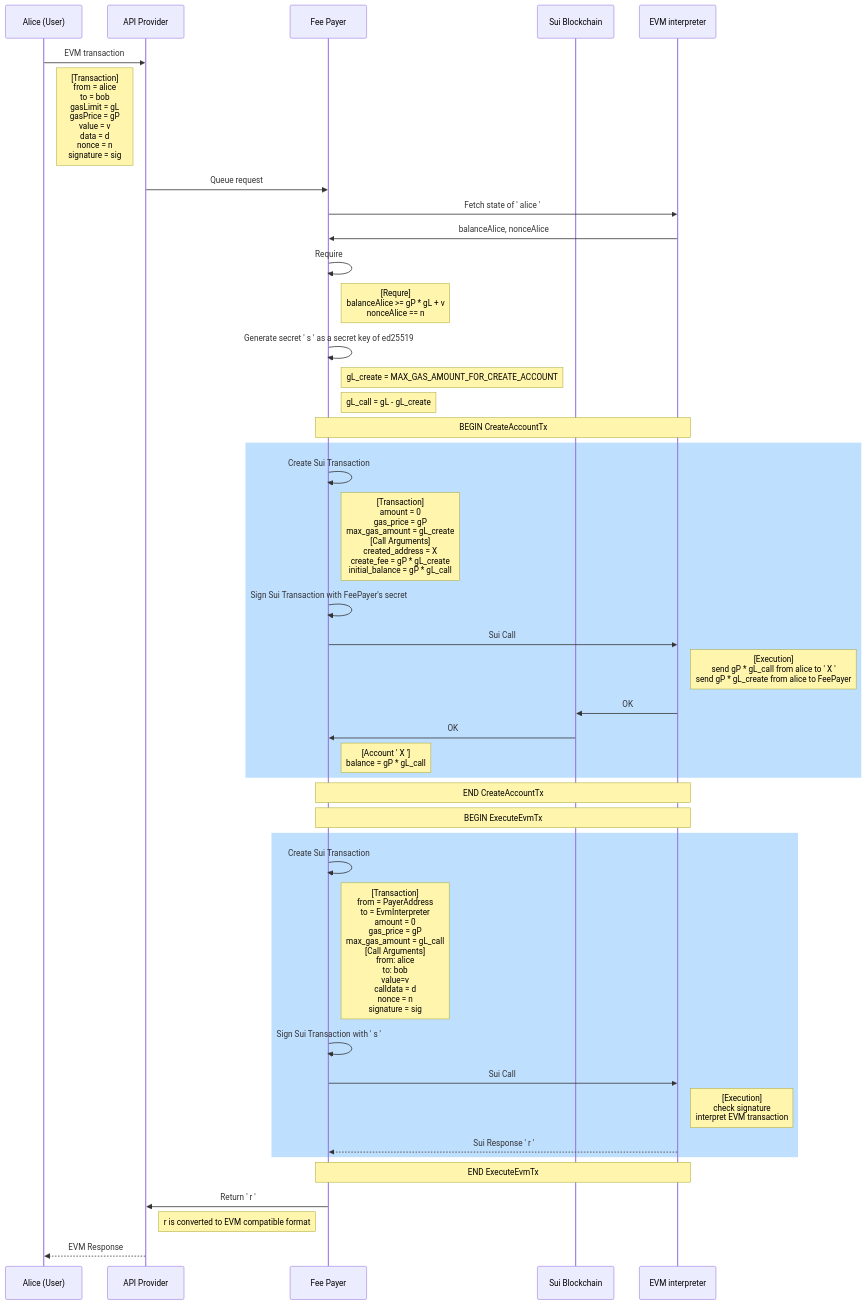
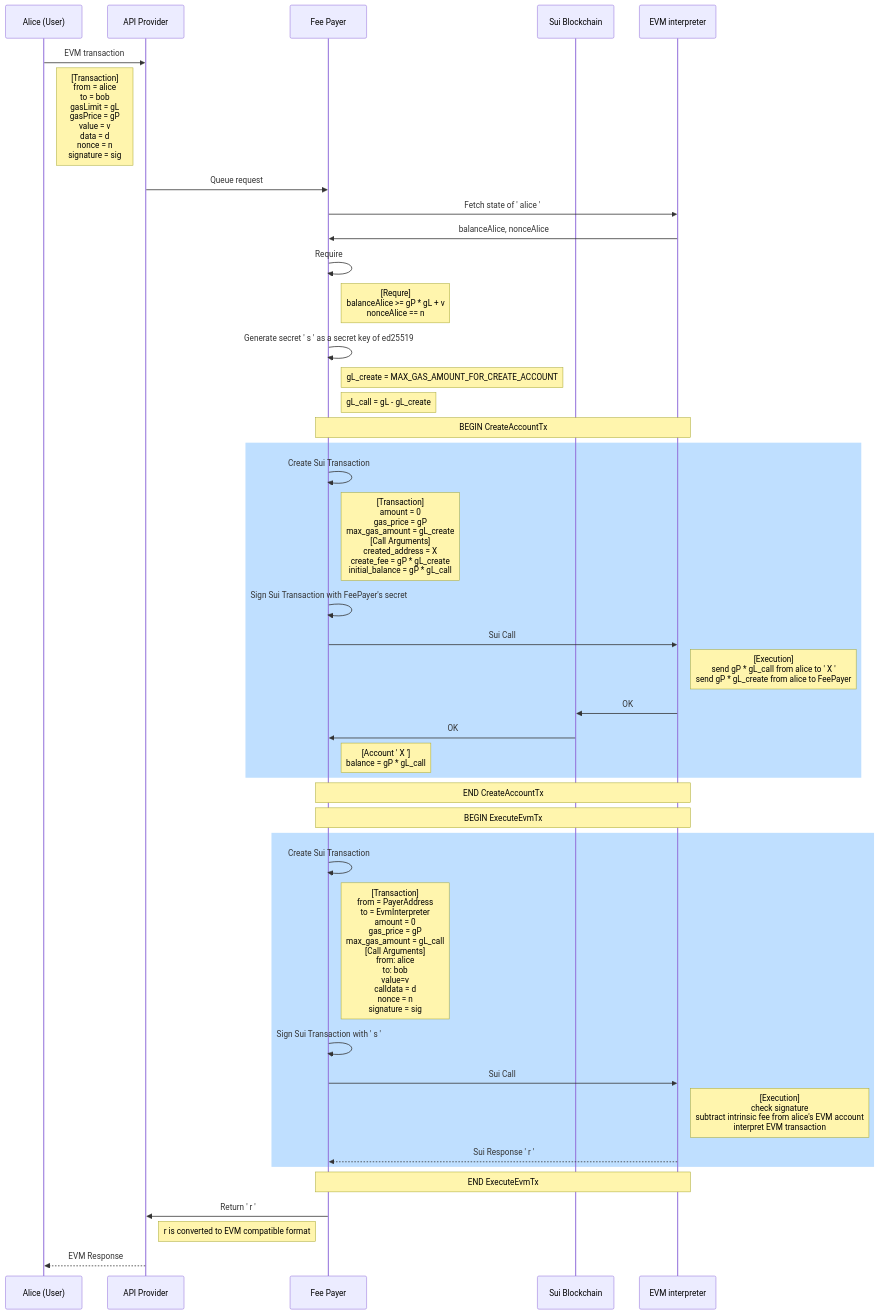
Before and after one commit to corriente-labs/evm-sui-poc: the diagram in doc/proxy.md, drawn with Mermaid.

Commit message:
mention intrinsic fee

````diff
--- a/doc/proxy.md
+++ b/doc/proxy.md
@@ -25,51 +25,51 @@
 ```mermaid
 sequenceDiagram
     participant Alice as Alice (User)
     participant API as API Provider
     participant Payer as Fee Payer
     participant Sui as Sui Blockchain
     participant EVM as EVM interpreter
 
     Alice->>API: EVM transaction
     Note right of Alice: [Transaction]<br/>from = alice<br/>to = bob<br/>gasLimit = gL<br/>gasPrice = gP<br/>value = v<br/>data = d<br/>nonce = n<br/>signature = sig
     API->>Payer: Queue request
 
     Payer->>EVM: Fetch state of ' alice '
     EVM->>Payer: balanceAlice, nonceAlice
     
     Payer->>Payer: Require
     Note right of Payer: [Requre]<br/>balanceAlice >= gP * gL + v<br/>nonceAlice == n
 
     Payer->>Payer: Generate secret ' s ' as a secret key of ed25519
 
     Note right of Payer: gL_create = MAX_GAS_AMOUNT_FOR_CREATE_ACCOUNT
     Note right of Payer: gL_call = gL - gL_create
 
     Note over Payer, EVM: BEGIN CreateAccountTx
     rect rgb(191, 223, 255)
         Payer->>Payer: Create Sui Transaction
         Note right of Payer: [Transaction]<br/>amount = 0<br/>gas_price = gP<br/>max_gas_amount = gL_create<br/>[Call Arguments]<br/>created_address = X<br/>create_fee = gP * gL_create<br/>initial_balance = gP * gL_call
         Payer->>Payer: Sign Sui Transaction with FeePayer's secret
         Payer->>EVM: Sui Call
         Note right of EVM: [Execution]<br/>send gP * gL_call from alice to ' X '<br/>send gP * gL_create from alice to FeePayer
         EVM->>Sui: OK
         Sui->>Payer: OK
         Note right of Payer: [Account ' X ']<br/>balance = gP * gL_call
     end
     Note over Payer, EVM: END CreateAccountTx
 
     Note over Payer, EVM: BEGIN ExecuteEvmTx
     rect rgb(191, 223, 255)
         Payer->>Payer: Create Sui Transaction
         Note right of Payer: [Transaction]<br/>from = PayerAddress<br/>to = EvmInterpreter<br/>amount = 0<br/>gas_price = gP<br/>max_gas_amount = gL_call<br/>[Call Arguments]<br/>from: alice<br/>to: bob<br/>value=v<br/>calldata = d<br/>nonce = n<br/>signature = sig
         Payer->>Payer: Sign Sui Transaction with ' s '
         Payer->>EVM: Sui Call 
-        Note right of EVM: [Execution]<br/>check signature<br>interpret EVM transaction
+        Note right of EVM: [Execution]<br/>check signature<br>subtract intrinsic fee from alice's EVM account<br/>interpret EVM transaction
         EVM-->>Payer: Sui Response ' r '
     end
     Note over Payer, EVM: END ExecuteEvmTx
 
     Payer->>API: Return ' r '
     Note right of API: r is converted to EVM compatible format
     API-->>Alice: EVM Response
 ```
````
